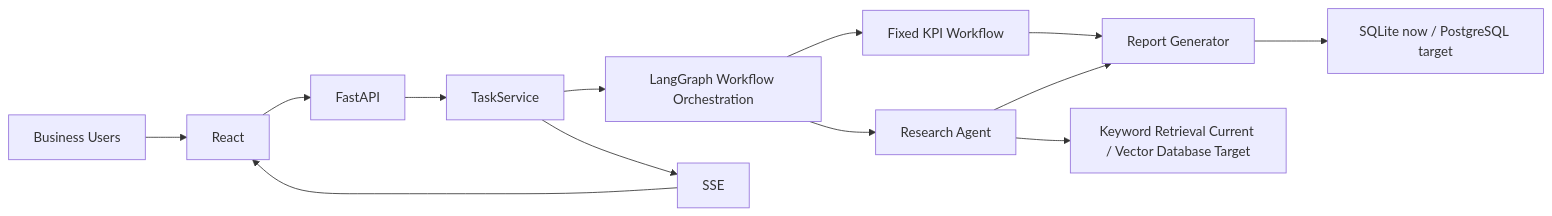
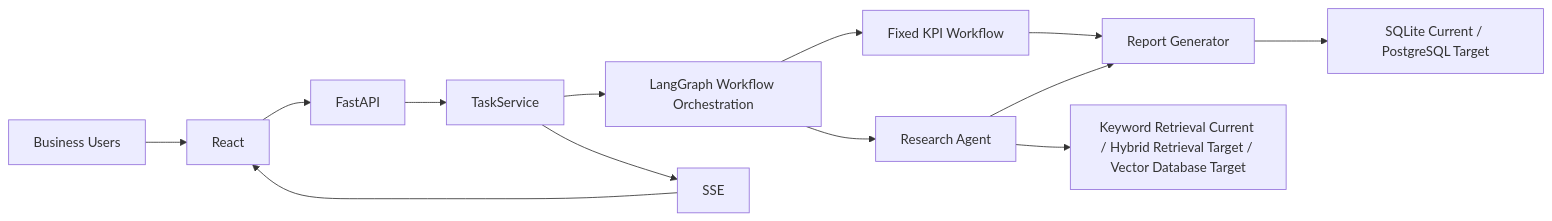
One commit to kurekako2017/vscode_study changed the first of 8 diagrams in ai-lab/ai-learn/retail-insight-ai/docs/ai-agent-retail-handbook-v3/09_系统设计书.md. Above: the diagram before and after it, drawn with Mermaid. The commit also changed other lines of this file and 17 other files, not shown here.

````diff
--- a/ai-lab/ai-learn/retail-insight-ai/docs/ai-agent-retail-handbook-v3/09_系统设计书.md
+++ b/ai-lab/ai-learn/retail-insight-ai/docs/ai-agent-retail-handbook-v3/09_系统设计书.md
@@ -240,15 +241,15 @@
 ```mermaid
 flowchart LR
     USER["Business Users"] --> FE["React"]
     FE --> API["FastAPI"]
     API --> TS["TaskService"]
     TS --> WF["LangGraph Workflow Orchestration"]
     WF --> KPI["Fixed KPI Workflow"]
     WF --> RA["Research Agent"]
     KPI --> RG["Report Generator"]
     RA --> RG
-    RG --> DATA["SQLite now / PostgreSQL target"]
+    RG --> DATA["SQLite Current / PostgreSQL Target"]
     TS --> SSE["SSE"]
     SSE --> FE
-    RA --> SEARCH["Keyword Retrieval Current / Vector Database Target"]
+    RA --> SEARCH["Keyword Retrieval Current / Hybrid Retrieval Target / Vector Database Target"]
 ```
````
